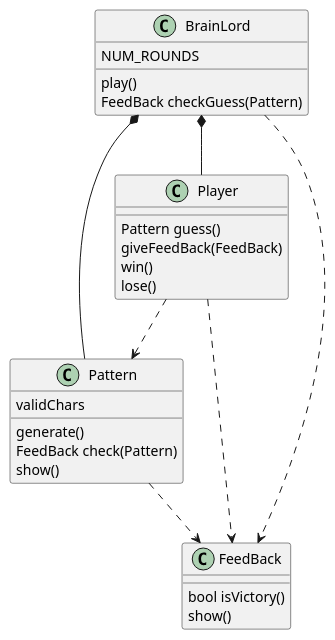
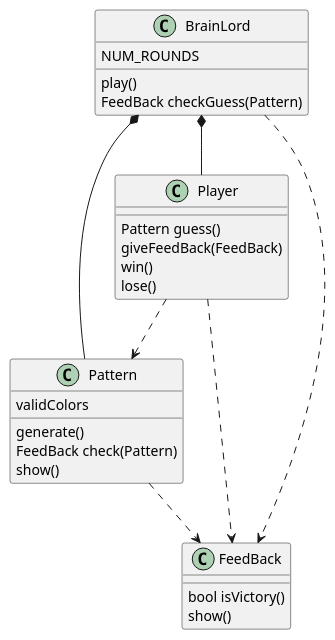
One commit to hombrenieve/brainlord changed the diagram in brainlord/analysis/brainlord.puml. Above: the diagram before and after it, drawn with PlantUML. The commit also changed 8 other files, not shown here.

```diff
--- a/brainlord/analysis/brainlord.puml
+++ b/brainlord/analysis/brainlord.puml
@@ -1,39 +1,39 @@
 @startuml
 
 class BrainLord { 
 	NUM_ROUNDS
 	play()
 	FeedBack checkGuess(Pattern) 
 } 
 
 class Player {
 	Pattern guess() 
 	giveFeedBack(FeedBack) 
 	win() 
 	lose() 
 } 
 
 class Pattern { 
-	validChars
+	validColors
 	generate() 
 	FeedBack check(Pattern) 
 	show() 
 } 
 
 class FeedBack { 
 	bool isVictory() 
 	show() 
 } 
 
 
 
 BrainLord *-- Player 
 BrainLord *-- Pattern 
 BrainLord ..> FeedBack 
 
 Player ..> Pattern 
 Player ..> FeedBack 
 
 Pattern ..> FeedBack
 
 @enduml
```
